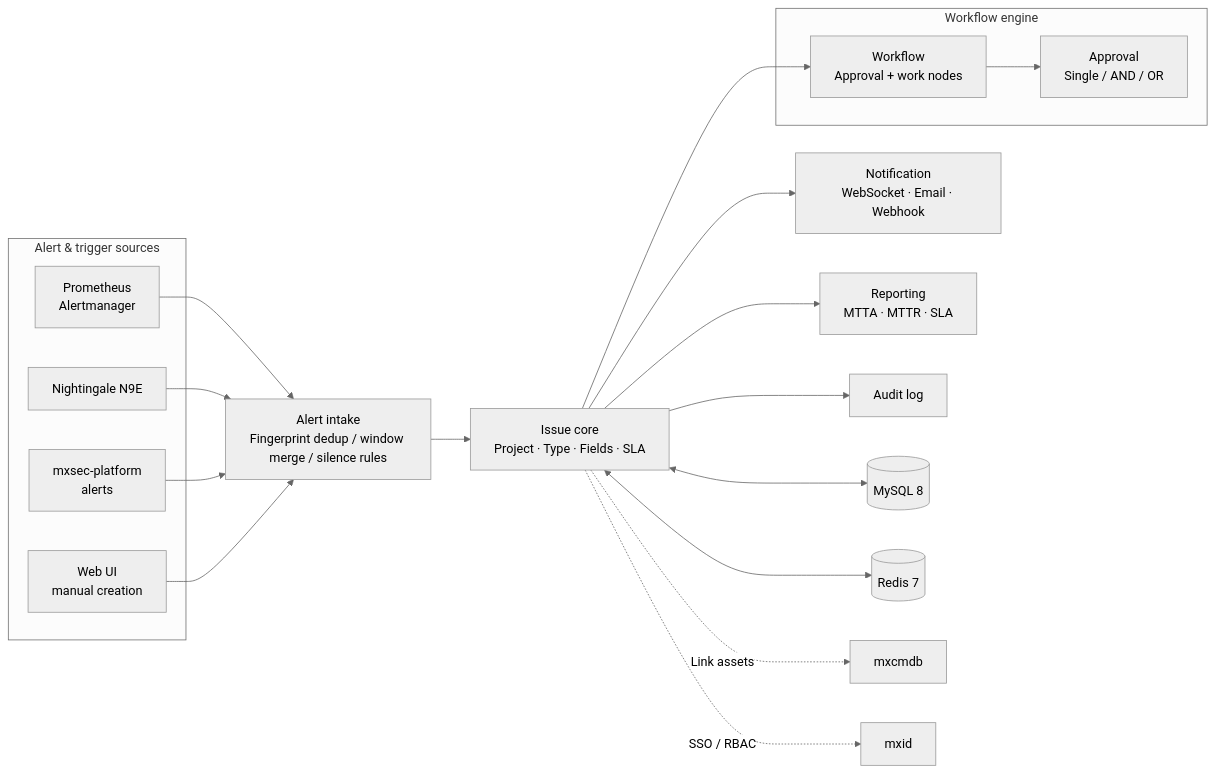
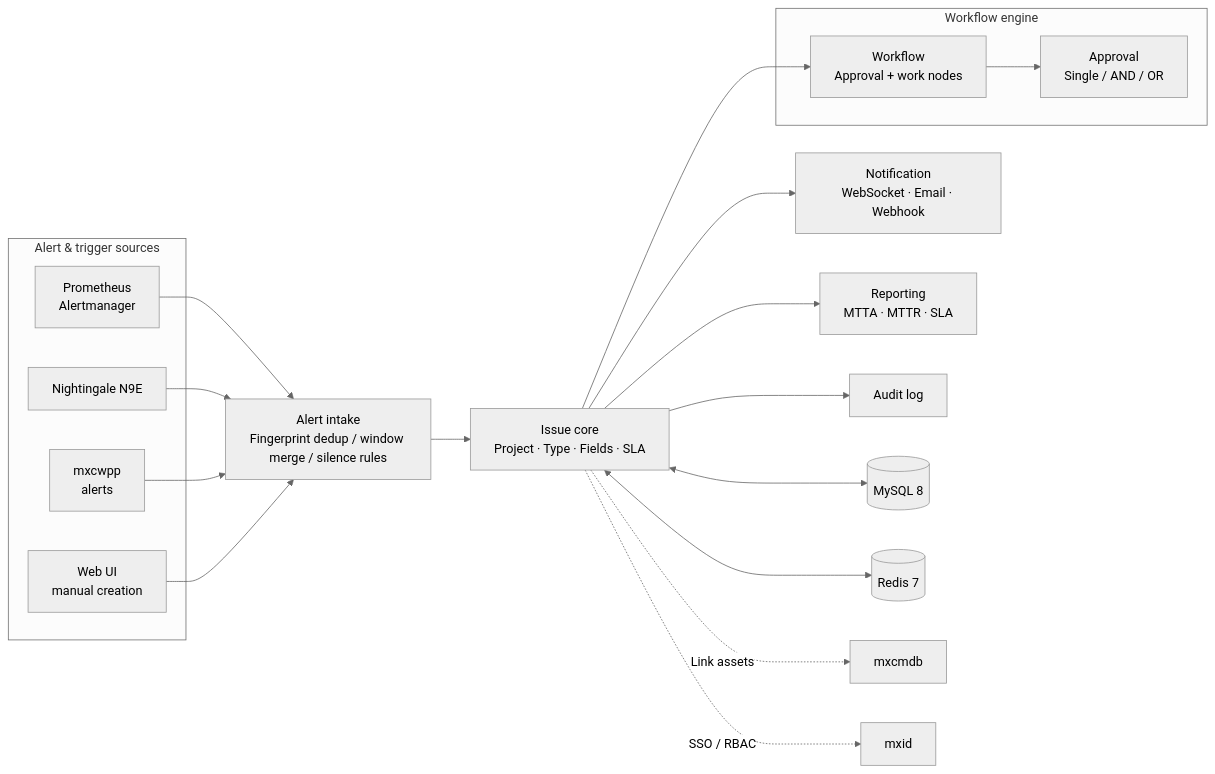
Before and after one commit to matrixplusio/mxsite: the diagram in content/english/products/ticketdesk.md, drawn with Mermaid (neutral theme). The commit also changed other lines of this file and 39 other files, not shown here.

First line of the commit message:
refactor: rename product mxsec-platform to mxcwpp

```diff
--- a/content/english/products/ticketdesk.md
+++ b/content/english/products/ticketdesk.md
@@ -28,36 +28,36 @@
 {{< mermaid >}}
 graph LR
   subgraph SRC[Alert & trigger sources]
     PROM[Prometheus<br/>Alertmanager]
     N9E[Nightingale N9E]
-    MXSEC[mxsec-platform<br/>alerts]
+    MXSEC[mxcwpp<br/>alerts]
     WEB[Web UI<br/>manual creation]
   end
 
   PROM --> ING
   N9E --> ING
   MXSEC --> ING
   WEB --> ING
 
   ING[Alert intake<br/>Fingerprint dedup / window merge / silence rules]
 
   ING --> ISSUE[Issue core<br/>Project · Type · Fields · SLA]
 
   subgraph FLOW[Workflow engine]
     WF[Workflow<br/>Approval + work nodes]
     APPR[Approval<br/>Single / AND / OR]
   end
 
   ISSUE --> WF
   WF --> APPR
 
   ISSUE --> NOTIF[Notification<br/>WebSocket · Email · Webhook]
   ISSUE --> REPORT[Reporting<br/>MTTA · MTTR · SLA]
   ISSUE --> AUDIT[Audit log]
 
   ISSUE <--> MYSQL[(MySQL 8)]
   ISSUE <--> REDIS[(Redis 7)]
 
   ISSUE -.->|Link assets| MXCMDB[mxcmdb]
   ISSUE -.->|SSO / RBAC| MXID[mxid]
 {{< /mermaid >}}
```
